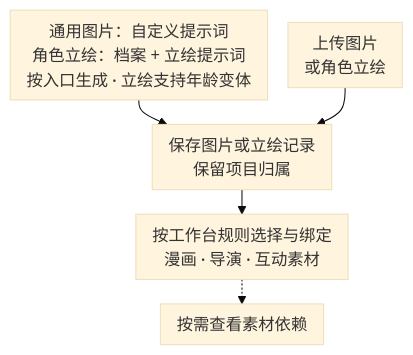
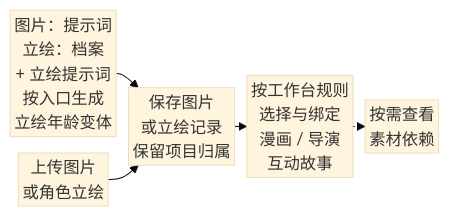
One commit to GTJasonMK/A4N changed the sixth of 18 diagrams in README.md. Above: the diagram before and after it, drawn with Mermaid (base theme). The commit also changed other lines of this file and 2 other files, not shown here.

````diff
--- a/README.md
+++ b/README.md
@@ -160,13 +160,13 @@
 ```mermaid
 ---
 config:
-  flowchart: { nodeSpacing: 20, rankSpacing: 24, padding: 8, wrappingWidth: 240 }
+  flowchart: { nodeSpacing: 16, rankSpacing: 12, padding: 2, wrappingWidth: 96 }
 ---
-flowchart TB
+flowchart LR
   accTitle: 图片、角色立绘与素材引用
   accDescr: 通用图片使用自定义提示词，角色立绘使用人物档案与立绘提示词，各自从对应入口生成。已有图片或立绘可直接上传，无需模型生成；保存后按工作台规则选用和绑定。
-  generation["通用图片：自定义提示词<br/>角色立绘：档案 + 立绘提示词<br/>按入口生成 · 立绘支持年龄变体"] --> library["保存图片或立绘记录<br/>保留项目归属"]
+  generation["图片：提示词<br/>立绘：档案<br/>+ 立绘提示词<br/>按入口生成<br/>立绘年龄变体"] --> library["保存图片<br/>或立绘记录<br/>保留项目归属"]
   uploaded["上传图片<br/>或角色立绘"] --> library
-  library --> reuse["按工作台规则选择与绑定<br/>漫画 · 导演 · 互动素材"]
-  reuse -.-> dependencies["按需查看素材依赖"]
+  library --> reuse["按工作台规则<br/>选择与绑定<br/>漫画 / 导演<br/>互动故事"]
+  reuse -.-> dependencies["按需查看<br/>素材依赖"]
 ```
````
